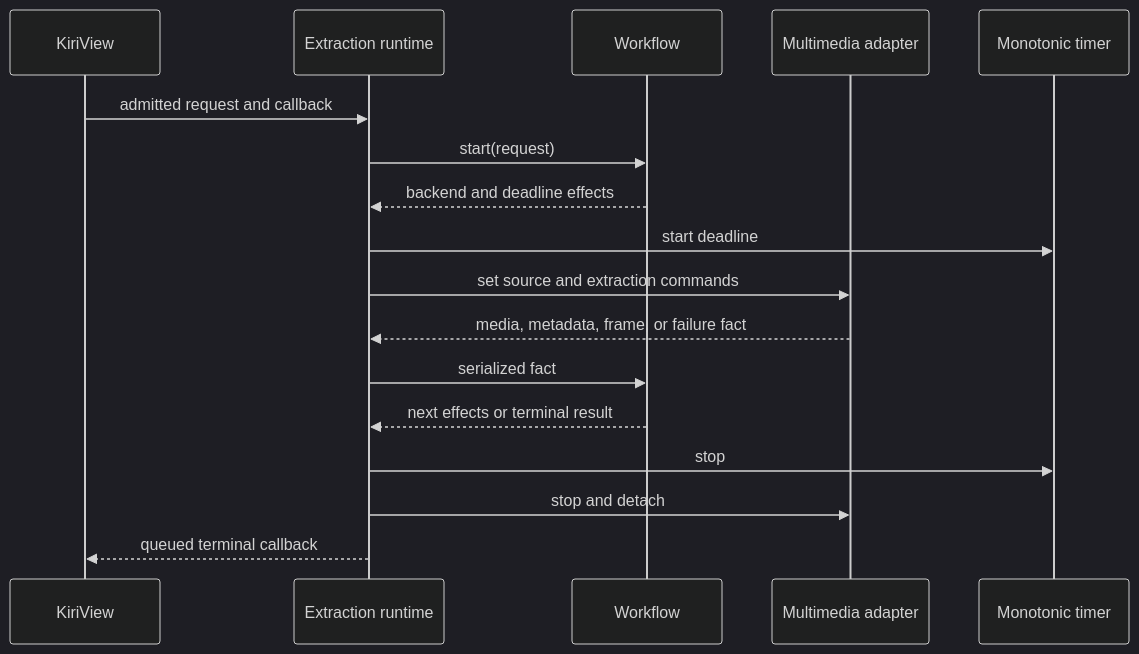
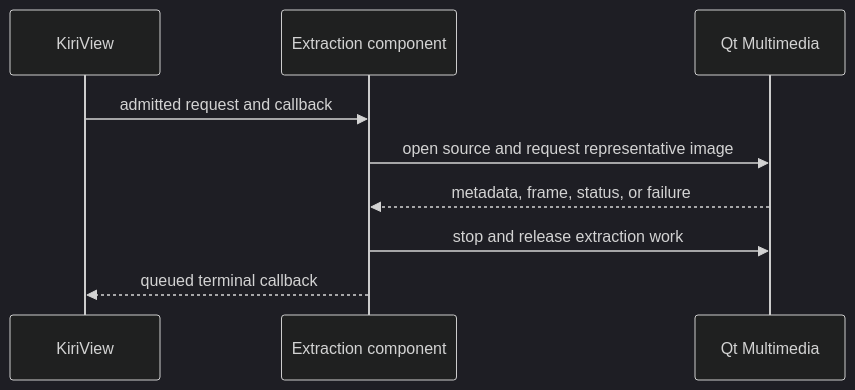
The diagram in libs/video-thumbnail-extraction/docs/architecture/extraction-runtime.md (hnjae/kiriview), drawn with Mermaid (dark theme) before and after one commit. The commit also changed other lines of this file and 5 other files, not shown here.

````diff
--- a/libs/video-thumbnail-extraction/docs/architecture/extraction-runtime.md
+++ b/libs/video-thumbnail-extraction/docs/architecture/extraction-runtime.md
@@ -5,20 +5,12 @@
 ```mermaid
 sequenceDiagram
     participant Caller as KiriView
-    participant Runtime as Extraction runtime
-    participant Workflow as Workflow
-    participant Backend as Multimedia adapter
-    participant Timer as Monotonic timer
+    participant Component as Extraction component
+    participant QtMM as Qt Multimedia
 
-    Caller->>Runtime: admitted request and callback
-    Runtime->>Workflow: start(request)
-    Workflow-->>Runtime: backend and deadline effects
-    Runtime->>Timer: start deadline
-    Runtime->>Backend: set source and extraction commands
-    Backend-->>Runtime: media, metadata, frame, or failure fact
-    Runtime->>Workflow: serialized fact
-    Workflow-->>Runtime: next effects or terminal result
-    Runtime->>Timer: stop
-    Runtime->>Backend: stop and detach
-    Runtime-->>Caller: queued terminal callback
+    Caller->>Component: admitted request and callback
+    Component->>QtMM: open source and request representative image
+    QtMM-->>Component: metadata, frame, status, or failure
+    Component->>QtMM: stop and release extraction work
+    Component-->>Caller: queued terminal callback
 ```
````
